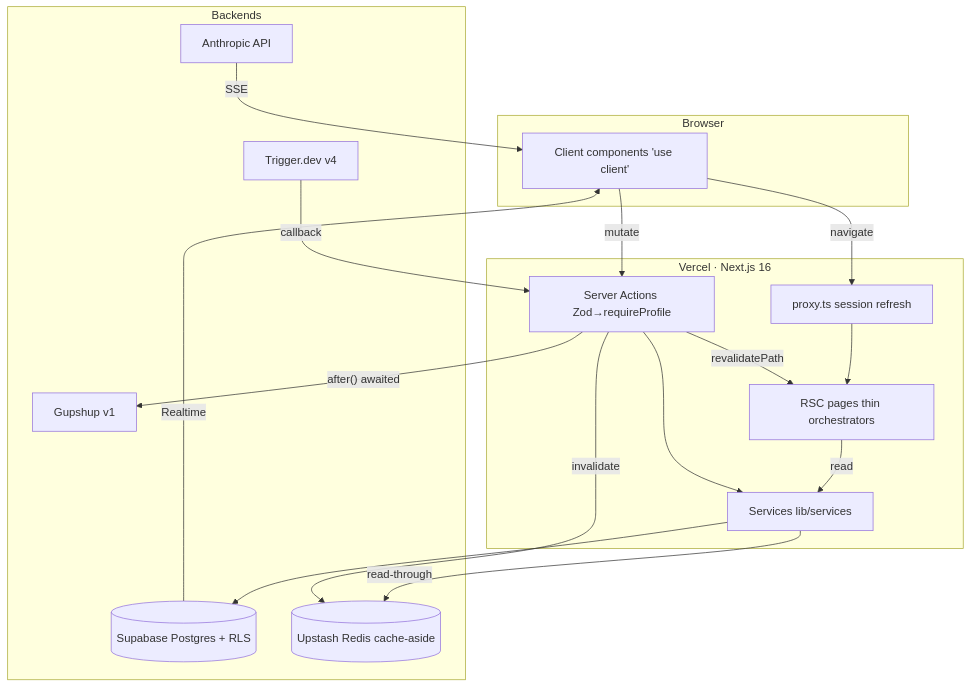
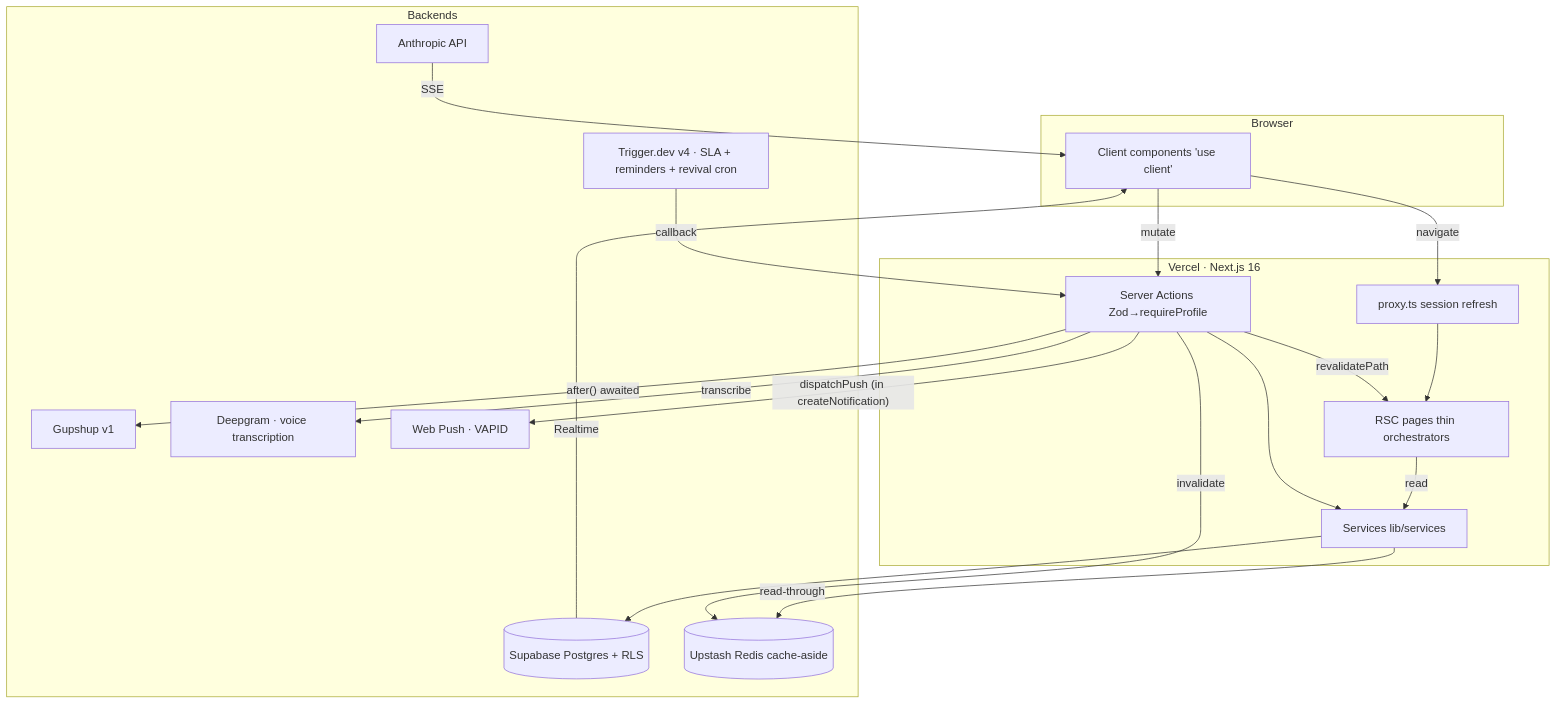
Before and after one commit to Indulge-Builder/serene: the first of 3 diagrams in codebase-analysis-docs/assets/architecture-and-elaya.md, drawn with Mermaid. The commit also changed 131 other files, not shown here.

````diff
--- a/codebase-analysis-docs/assets/architecture-and-elaya.md
+++ b/codebase-analysis-docs/assets/architecture-and-elaya.md
@@ -7,32 +7,36 @@
 ```mermaid
 flowchart TB
     subgraph client[Browser]
       UI[Client components 'use client']
     end
     subgraph vercel[Vercel · Next.js 16]
       PROXY[proxy.ts session refresh]
       RSC[RSC pages thin orchestrators]
       ACT[Server Actions Zod→requireProfile]
       SVC[Services lib/services]
     end
     subgraph external[Backends]
       PG[(Supabase Postgres + RLS)]
       RDS[(Upstash Redis cache-aside)]
-      TD[Trigger.dev v4]
+      TD[Trigger.dev v4 · SLA + reminders + revival cron]
       GS[Gupshup v1]
       AN[Anthropic API]
+      DG[Deepgram · voice transcription]
+      WP[Web Push · VAPID]
     end
 
     UI -- navigate --> PROXY --> RSC
     RSC -- read --> SVC
     UI -- mutate --> ACT
     ACT --> SVC
     SVC --> PG
     SVC -- read-through --> RDS
     ACT -- invalidate --> RDS
     ACT -- revalidatePath --> RSC
     ACT -- after() awaited --> GS
+    ACT -- transcribe --> DG
+    ACT -- dispatchPush (in createNotification) --> WP
     TD -- callback --> ACT
     PG -- Realtime --> UI
     AN -- SSE --> UI
 ```
````
